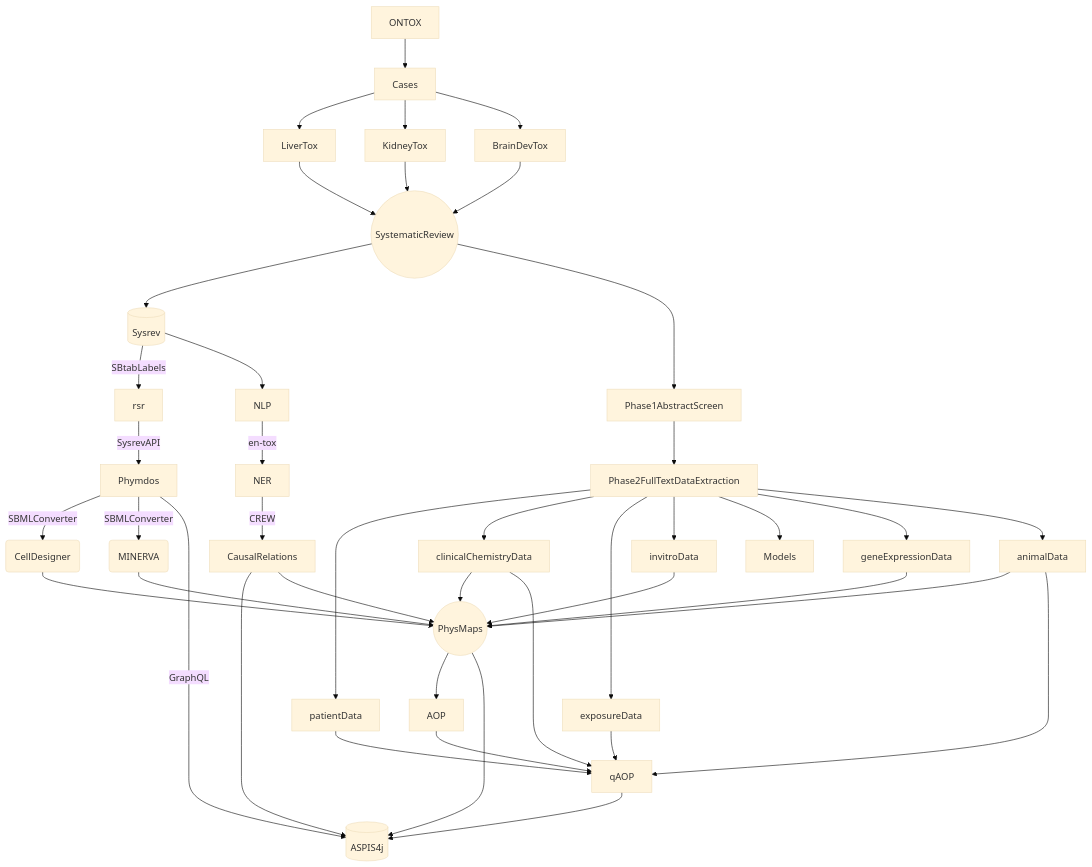
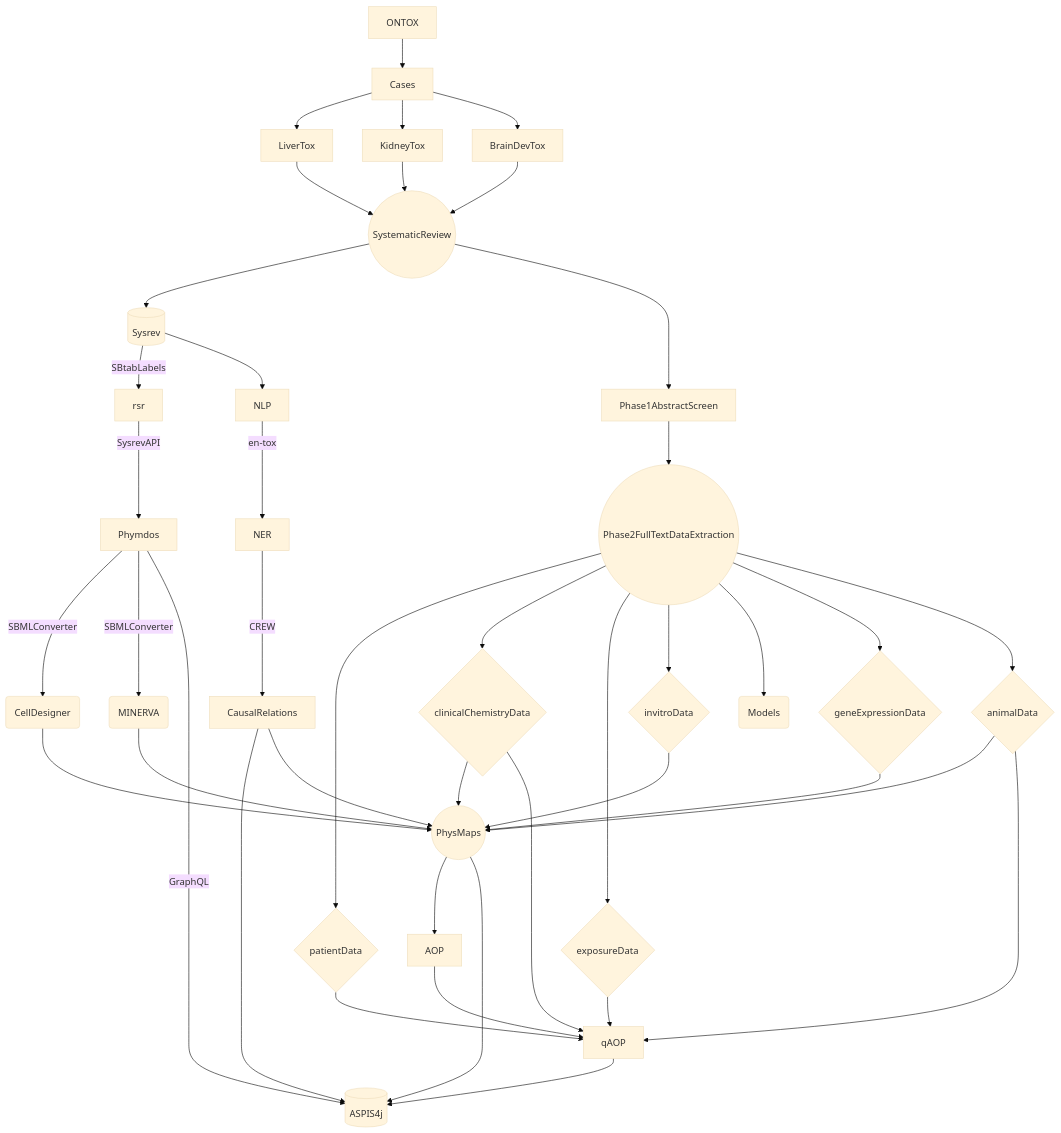
Before and after one commit to ontox-hu/workflows: the diagram in LiteratureToAop.md, drawn with Mermaid (base theme).

````diff
--- a/LiteratureToAop.md
+++ b/LiteratureToAop.md
@@ -1,55 +1,55 @@
 ```mermaid
 flowchart TD
   
   ONTOX-->Cases
 
   Cases-->LiverTox
   Cases-->KidneyTox
   Cases-->BrainDevTox
   
   LiverTox-->SystematicReview((SystematicReview))
   KidneyTox-->SystematicReview((SystematicReview))
   BrainDevTox-->SystematicReview((SystematicReview))
   
   SystematicReview((SystematicReview))-->Sysrev[(Sysrev)]
   
   Sysrev[(Sysrev)]-->|SBtabLabels| rsr
   rsr-->|SysrevAPI| Phymdos
   Phymdos-->|SBMLConverter| CellDesigner
   Phymdos-->|SBMLConverter| MINERVA
   Phymdos-->|GraphQL| ASPIS4j
   CellDesigner(CellDesigner)-->PhysMaps((PhysMaps))
   MINERVA(MINERVA)-->PhysMaps((PhysMaps))
   
   
   SystematicReview((SystematicReview))-->Phase1AbstractScreen
   Phase1AbstractScreen-->Phase2FullTextDataExtraction
   Sysrev[(Sysrev)]-->NLP
   NLP-->|en-tox| NER
   NER-->|CREW| CausalRelations
   CausalRelations-->ASPIS4j[(ASPIS4j)]
   CausalRelations-->PhysMaps((PhysMaps))
   
   
-  Phase2FullTextDataExtraction-->patientData
-  Phase2FullTextDataExtraction-->clinicalChemistryData
-  Phase2FullTextDataExtraction-->exposureData
-  Phase2FullTextDataExtraction-->invitroData
-  Phase2FullTextDataExtraction-->Models
-  Phase2FullTextDataExtraction-->geneExpressionData
-  Phase2FullTextDataExtraction-->animalData
+  Phase2FullTextDataExtraction((Phase2FullTextDataExtraction))-->patientData{patientData}
+  Phase2FullTextDataExtraction((Phase2FullTextDataExtraction))-->clinicalChemistryData{clinicalChemistryData}
+  Phase2FullTextDataExtraction((Phase2FullTextDataExtraction))-->exposureData{exposureData}
+  Phase2FullTextDataExtraction((Phase2FullTextDataExtraction))-->invitroData{invitroData}
+  Phase2FullTextDataExtraction((Phase2FullTextDataExtraction))-->Models(Models)
+  Phase2FullTextDataExtraction((Phase2FullTextDataExtraction))-->geneExpressionData{geneExpressionData}
+  Phase2FullTextDataExtraction((Phase2FullTextDataExtraction))-->animalData{animalData}
   
-  clinicalChemistryData-->PhysMaps((PhysMaps))
-  invitroData-->PhysMaps((PhysMaps))
-  geneExpressionData-->PhysMaps((PhysMaps))
-  animalData-->PhysMaps((PhysMaps))
-  exposureData-->qAOP
-  clinicalChemistryData-->qAOP
-  patientData-->qAOP
-  animalData-->qAOP
+  clinicalChemistryData{clinicalChemistryData}-->PhysMaps((PhysMaps))
+  invitroData{invitroData}-->PhysMaps((PhysMaps))
+  geneExpressionData{geneExpressionData}-->PhysMaps((PhysMaps))
+  animalData{animalData}-->PhysMaps((PhysMaps))
+  exposureData{exposureData}-->qAOP
+  clinicalChemistryData{clinicalChemistryData}-->qAOP
+  patientData{patientData}-->qAOP
+  animalData{animalData}-->qAOP
   
   PhysMaps((PhysMaps))-->AOP-->qAOP
   qAOP-->ASPIS4j[(ASPIS4j)]
   PhysMaps((PhysMaps))-->ASPIS4j[(ASPIS4j)]
   
 ```
````
